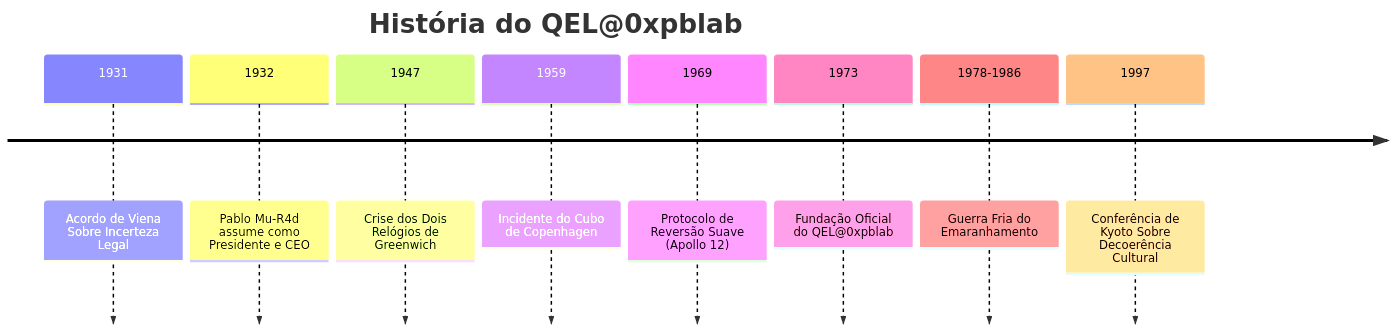
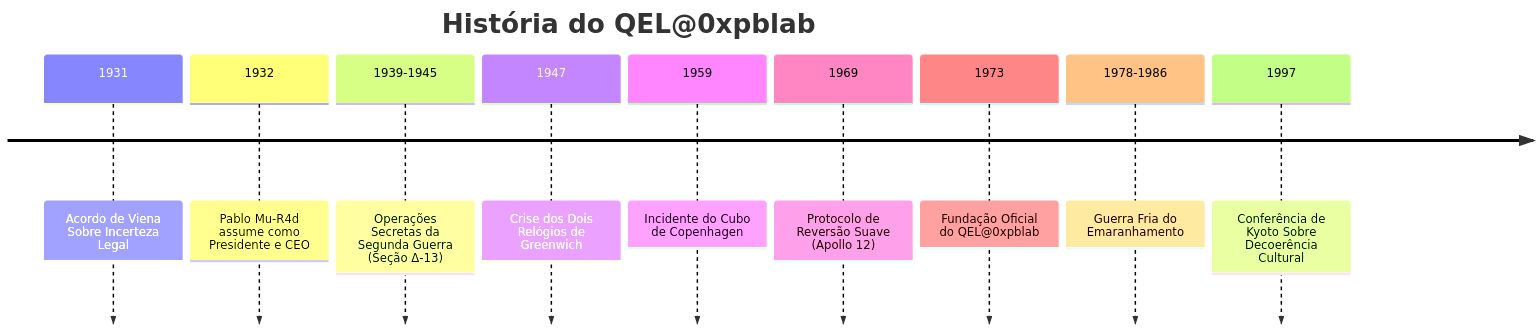
Before and after one commit to 0xpbl/0xpbl: the first of 2 diagrams in README.md, drawn with Mermaid. The commit also changed other lines of this file and 5 other files, not shown here.

````diff
--- a/README.md
+++ b/README.md
@@ -51,12 +56,13 @@
 ```mermaid
 timeline
     title História do QEL@0xpblab
     1931 : Acordo de Viena Sobre Incerteza Legal
     1932 : Pablo Mu-R4d assume como Presidente e CEO
+    1939-1945 : Operações Secretas da Segunda Guerra (Seção Δ-13)
     1947 : Crise dos Dois Relógios de Greenwich
     1959 : Incidente do Cubo de Copenhagen
     1969 : Protocolo de Reversão Suave (Apollo 12)
     1973 : Fundação Oficial do QEL@0xpblab
     1978-1986 : Guerra Fria do Emaranhamento
     1997 : Conferência de Kyoto Sobre Decoerência Cultural
 ```
````
